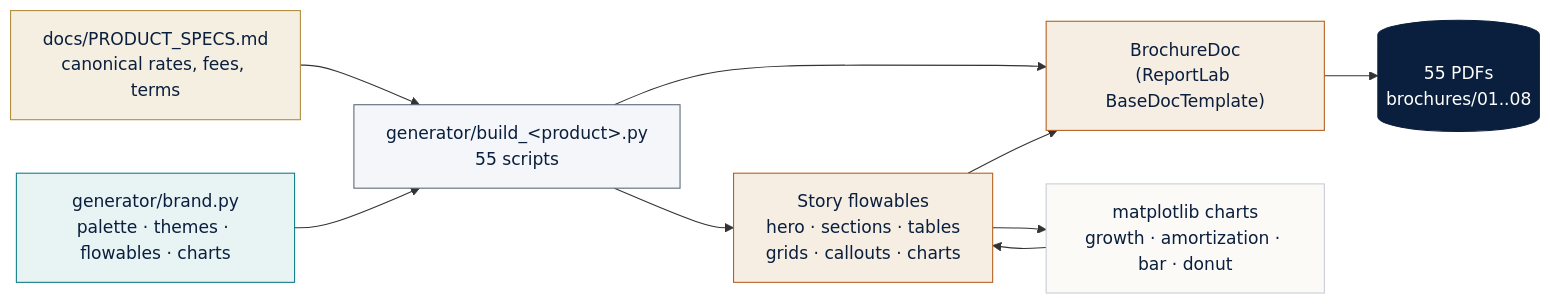
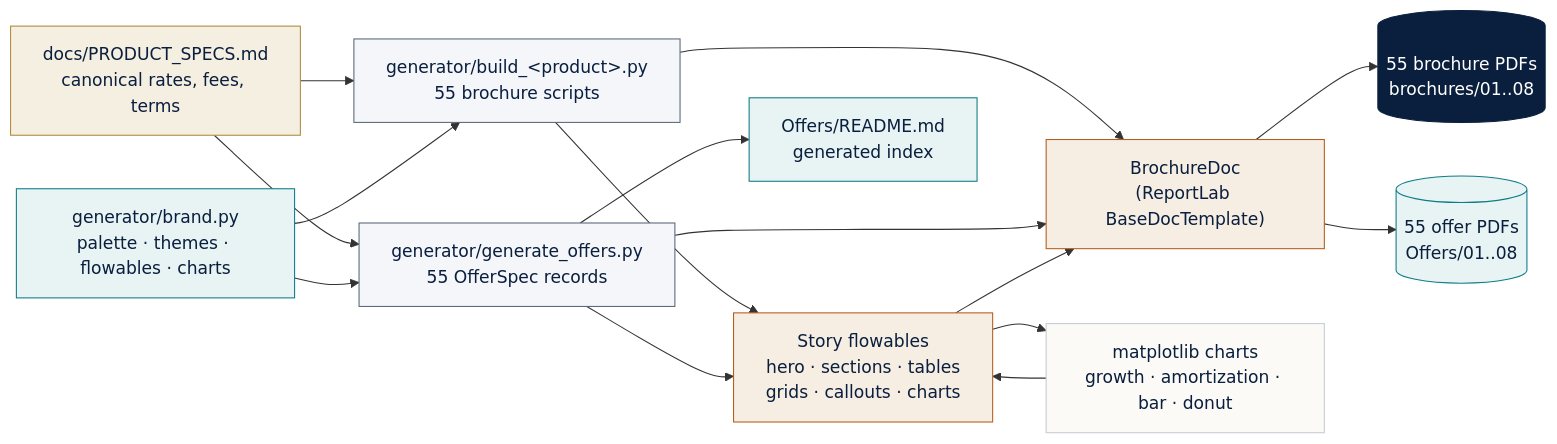
Before and after one commit to josers18/JDO: the first of 5 diagrams in Cumulus_Products/docs/DIAGRAMS.md, drawn with Mermaid. The commit also changed other lines of this file and 63 other files, not shown here.

Commit message:
feat(cumulus-products): add product offer documents

````diff
--- a/Cumulus_Products/docs/DIAGRAMS.md
+++ b/Cumulus_Products/docs/DIAGRAMS.md
@@ -11,29 +11,39 @@
 ```mermaid
 flowchart LR
     SPEC["docs/PRODUCT_SPECS.md<br/>canonical rates, fees, terms"]:::spec
     BRAND["generator/brand.py<br/>palette · themes · flowables · charts"]:::brand
 
-    BUILD["generator/build_&lt;product&gt;.py<br/>55 scripts"]:::code
+    BUILD["generator/build_&lt;product&gt;.py<br/>55 brochure scripts"]:::code
+    OFFERGEN["generator/generate_offers.py<br/>55 OfferSpec records"]:::code
 
     DOC["BrochureDoc<br/>(ReportLab BaseDocTemplate)"]:::rl
     FLOW["Story flowables<br/>hero · sections · tables<br/>grids · callouts · charts"]:::rl
     CHART["matplotlib charts<br/>growth · amortization · bar · donut"]:::chart
 
-    PDF[("55 PDFs<br/>brochures/01..08")]:::out
+    BROCHUREPDF[("55 brochure PDFs<br/>brochures/01..08")]:::out
+    OFFERPDF[("55 offer PDFs<br/>Offers/01..08")]:::offer
+    OFFERINDEX["Offers/README.md<br/>generated index"]:::offer
 
     SPEC --> BUILD
+    SPEC --> OFFERGEN
     BRAND --> BUILD
+    BRAND --> OFFERGEN
     BUILD --> DOC
     BUILD --> FLOW
+    OFFERGEN --> DOC
+    OFFERGEN --> FLOW
     FLOW --> CHART
     CHART --> FLOW
     FLOW --> DOC
-    DOC --> PDF
+    DOC --> BROCHUREPDF
+    DOC --> OFFERPDF
+    OFFERGEN --> OFFERINDEX
 
     classDef spec fill:#F5EFE2,stroke:#B08D3C,color:#0A1F3D
     classDef brand fill:#E8F3F4,stroke:#0E7C86,color:#0A1F3D
     classDef code fill:#F4F6FA,stroke:#5B6879,color:#0A1F3D
     classDef rl fill:#F6EDE3,stroke:#B45F1D,color:#0A1F3D
     classDef chart fill:#FBFAF6,stroke:#C7CCD6,color:#0A1F3D
     classDef out fill:#0A1F3D,stroke:#0A1F3D,color:#FFFFFF
+    classDef offer fill:#E8F3F4,stroke:#0E7C86,color:#0A1F3D
 ```
````
